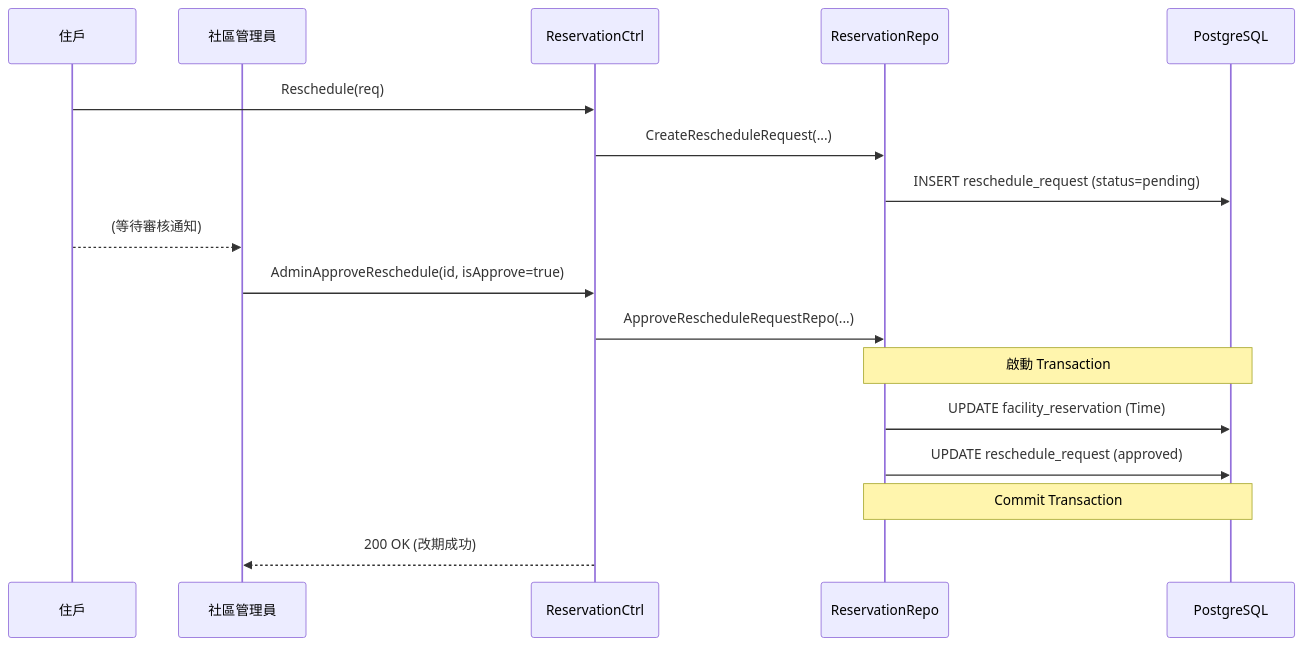
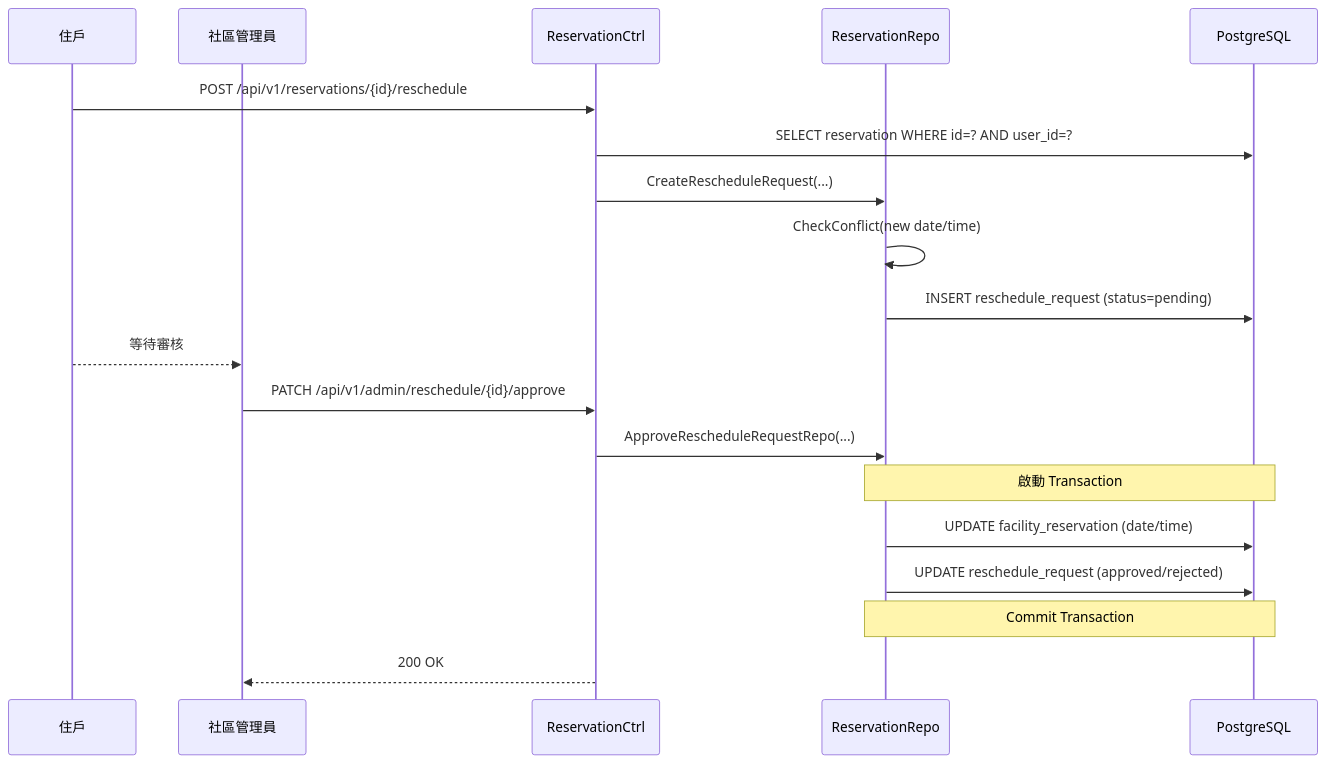
One commit to kentlin0919/Community_Notification_System changed the ninth of 10 diagrams in README.md. Above: the diagram before and after it, drawn with Mermaid. The commit also changed other lines of this file and 90 other files, not shown here.

````diff
--- a/README.md
+++ b/README.md
@@ -282,19 +441,21 @@
 ```mermaid
 sequenceDiagram
     participant User as 住戶
     participant Admin as 社區管理員
     participant Ctrl as ReservationCtrl
     participant Repo as ReservationRepo
     participant DB as PostgreSQL
-    User->>Ctrl: Reschedule(req)
+    User->>Ctrl: POST /api/v1/reservations/{id}/reschedule
+    Ctrl->>DB: SELECT reservation WHERE id=? AND user_id=?
     Ctrl->>Repo: CreateRescheduleRequest(...)
+    Repo->>Repo: CheckConflict(new date/time)
     Repo->>DB: INSERT reschedule_request (status=pending)
-    User-->>Admin: (等待審核通知)
-    Admin->>Ctrl: AdminApproveReschedule(id, isApprove=true)
+    User-->>Admin: 等待審核
+    Admin->>Ctrl: PATCH /api/v1/admin/reschedule/{id}/approve
     Ctrl->>Repo: ApproveRescheduleRequestRepo(...)
     Note over Repo, DB: 啟動 Transaction
-    Repo->>DB: UPDATE facility_reservation (Time)
-    Repo->>DB: UPDATE reschedule_request (approved)
+    Repo->>DB: UPDATE facility_reservation (date/time)
+    Repo->>DB: UPDATE reschedule_request (approved/rejected)
     Note over Repo, DB: Commit Transaction
-    Ctrl-->>Admin: 200 OK (改期成功)
+    Ctrl-->>Admin: 200 OK
 ```
````
